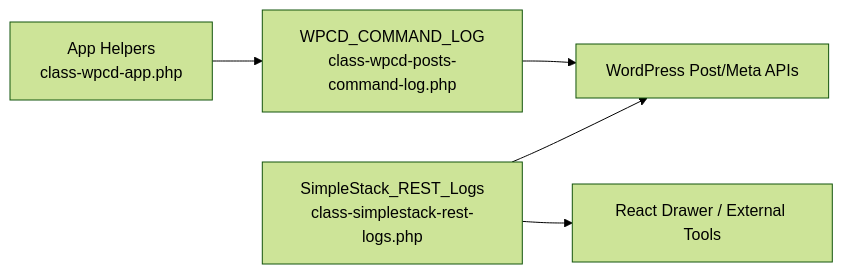
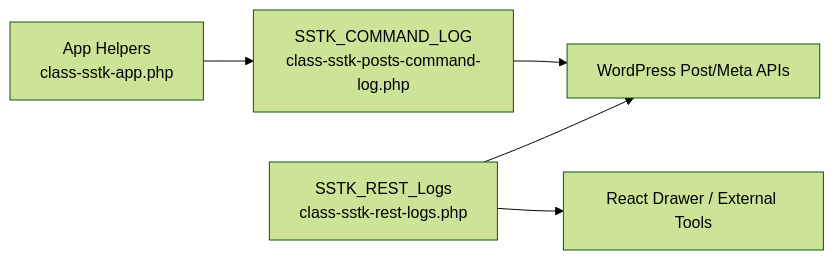
The sixth of 6 diagrams in .qoder/repowiki/en/content/Logging & Monitoring/Command Execution Logging.md (onedogsolutions/simple-stack), drawn with Mermaid (forest theme) before and after one commit. The commit also changed other lines of this file and 5941 other files, not shown here.

First line of the commit message:
refactor(core): rebrand WPCloudDeploy to Simple Stack with new namespaces and prefixes

````diff
--- a/.qoder/repowiki/en/content/Logging & Monitoring/Command Execution Logging.md
+++ b/.qoder/repowiki/en/content/Logging & Monitoring/Command Execution Logging.md
@@ -275,7 +275,7 @@
 ```mermaid
 graph LR
-AppHelper["App Helpers<br/>class-wpcd-app.php"] --> CmdLog["WPCD_COMMAND_LOG<br/>class-wpcd-posts-command-log.php"]
+AppHelper["App Helpers<br/>class-sstk-app.php"] --> CmdLog["SSTK_COMMAND_LOG<br/>class-sstk-posts-command-log.php"]
 CmdLog --> WPAPI["WordPress Post/Meta APIs"]
-RestLogs["SimpleStack_REST_Logs<br/>class-simplestack-rest-logs.php"] --> WPAPI
+RestLogs["SSTK_REST_Logs<br/>class-sstk-rest-logs.php"] --> WPAPI
 RestLogs --> Clients["React Drawer / External Tools"]
 ```
````
